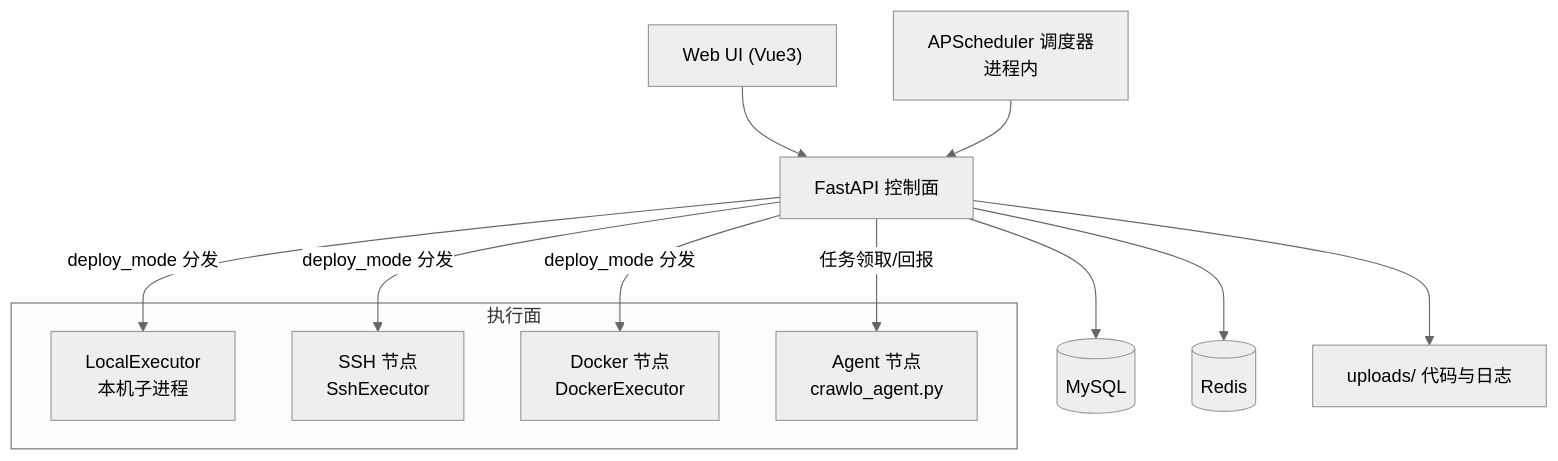
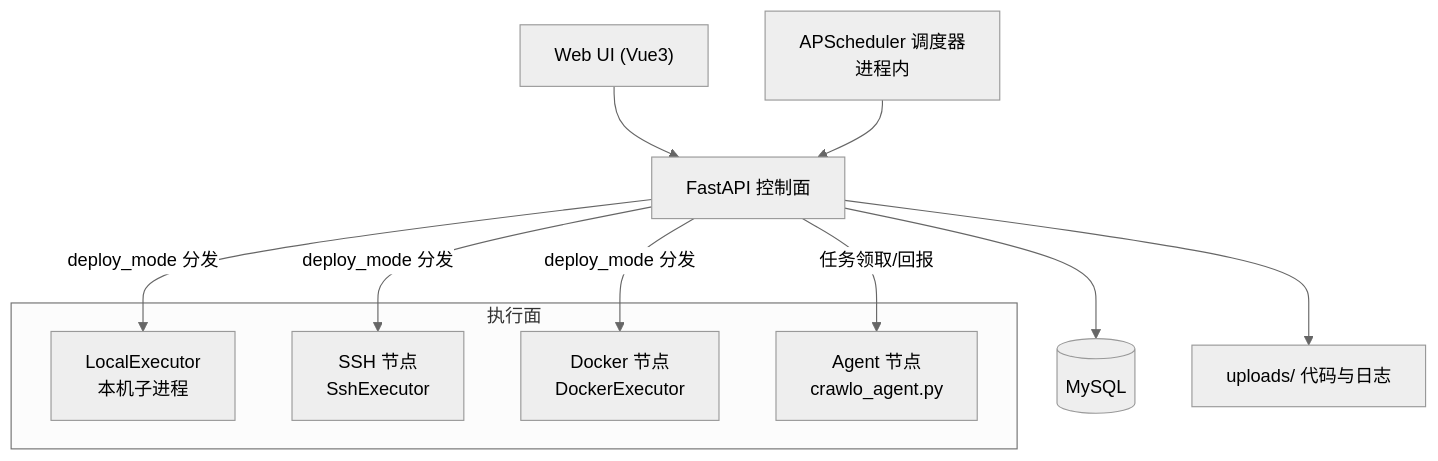
One commit to crawl-coder/CrawloPilot changed the first of 2 diagrams in README.md. Above: the diagram before and after it, drawn with Mermaid (neutral theme). The commit also changed other lines of this file and 29 other files, not shown here.

````diff
--- a/README.md
+++ b/README.md
@@ -44,20 +44,19 @@
 ```mermaid
 flowchart TB
     UI["Web UI (Vue3)"] --> API[FastAPI 控制面]
     API --> DB[(MySQL)]
-    API --> RD[(Redis)]
     API --> FS[uploads/ 代码与日志]
     SCH[APScheduler 调度器<br/>进程内] --> API
 
     subgraph 执行面
         LOCAL[LocalExecutor<br/>本机子进程]
         SSH[SSH 节点<br/>SshExecutor]
         DOCKER[Docker 节点<br/>DockerExecutor]
         AGENT[Agent 节点<br/>crawlo_agent.py]
     end
 
     API -- deploy_mode 分发 --> LOCAL
     API -- deploy_mode 分发 --> SSH
     API -- deploy_mode 分发 --> DOCKER
     API -- 任务领取/回报 --> AGENT
 ```
````
